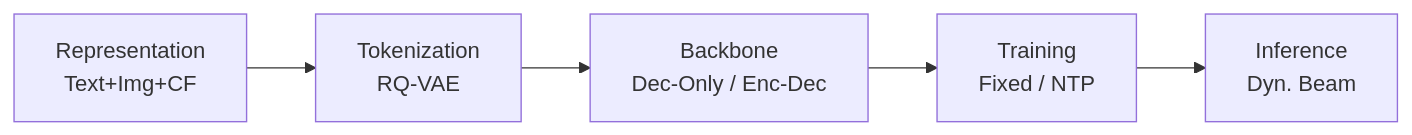
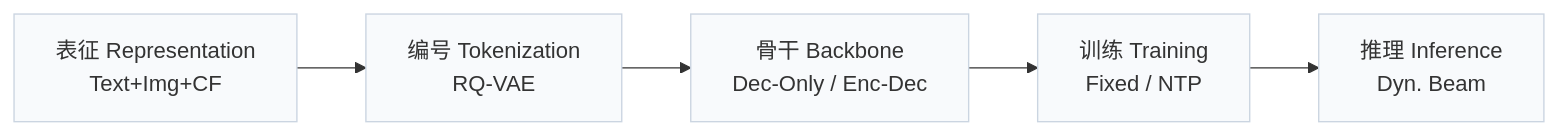
Before and after one commit to Galaxy-ghost/Awesome-SID-Generative-Rec: the first of 3 diagrams in pages/zh/papers/forge.md, drawn with Mermaid. The commit also changed other lines of this file and 649 other files, not shown here.

Commit message:
writer-05: also tags and modality index (schema, check, build, visuals); summary field removed; calibration data for 12 papers

````diff
--- a/pages/zh/papers/forge.md
+++ b/pages/zh/papers/forge.md
@@ -13,4 +15,6 @@
 ```mermaid
 flowchart LR
-    R["Representation<br/>Text+Img+CF"] --> T["Tokenization<br/>RQ-VAE"] --> B["Backbone<br/>Dec-Only / Enc-Dec"] --> TR["Training<br/>Fixed / NTP"] --> I["Inference<br/>Dyn. Beam"]
+    R["表征 Representation<br/>Text+Img+CF"] --> T["编号 Tokenization<br/>RQ-VAE"] --> B["骨干 Backbone<br/>Dec-Only / Enc-Dec"] --> TR["训练 Training<br/>Fixed / NTP"] --> I["推理 Inference<br/>Dyn. Beam"]
+    classDef base fill:#f8fafc,stroke:#cbd5e1
+    class R,T,B,TR,I base
 ```
````
